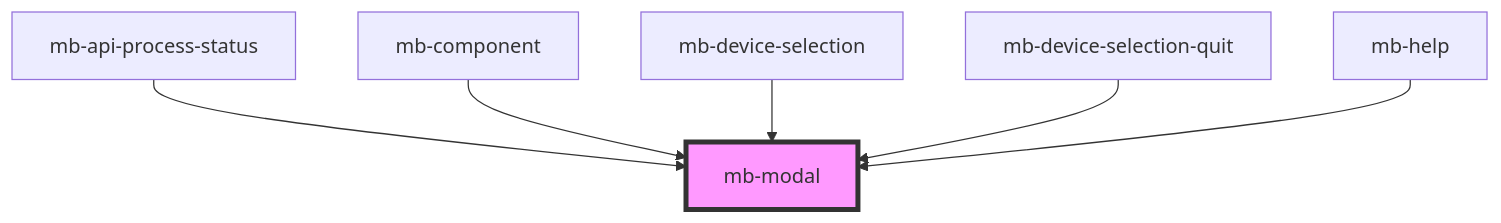
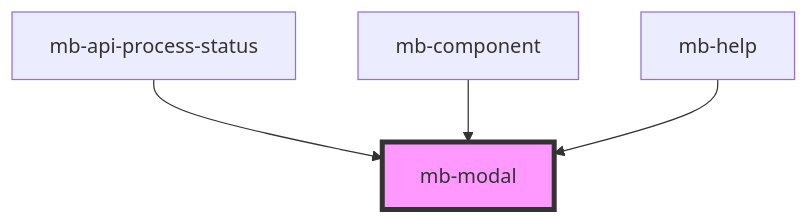
One commit to BlinkID/blinkid-in-browser changed the diagram in ui/docs/components/shared/mb-modal/readme.md. Above: the diagram before and after it, drawn with Mermaid. The commit also changed other lines of this file and 110 other files, not shown here.

````diff
--- a/ui/docs/components/shared/mb-modal/readme.md
+++ b/ui/docs/components/shared/mb-modal/readme.md
@@ -49,9 +47,7 @@
 ```mermaid
 graph TD;
   mb-api-process-status --> mb-modal
   mb-component --> mb-modal
-  mb-device-selection --> mb-modal
-  mb-device-selection-quit --> mb-modal
   mb-help --> mb-modal
   style mb-modal fill:#f9f,stroke:#333,stroke-width:4px
 ```
````
